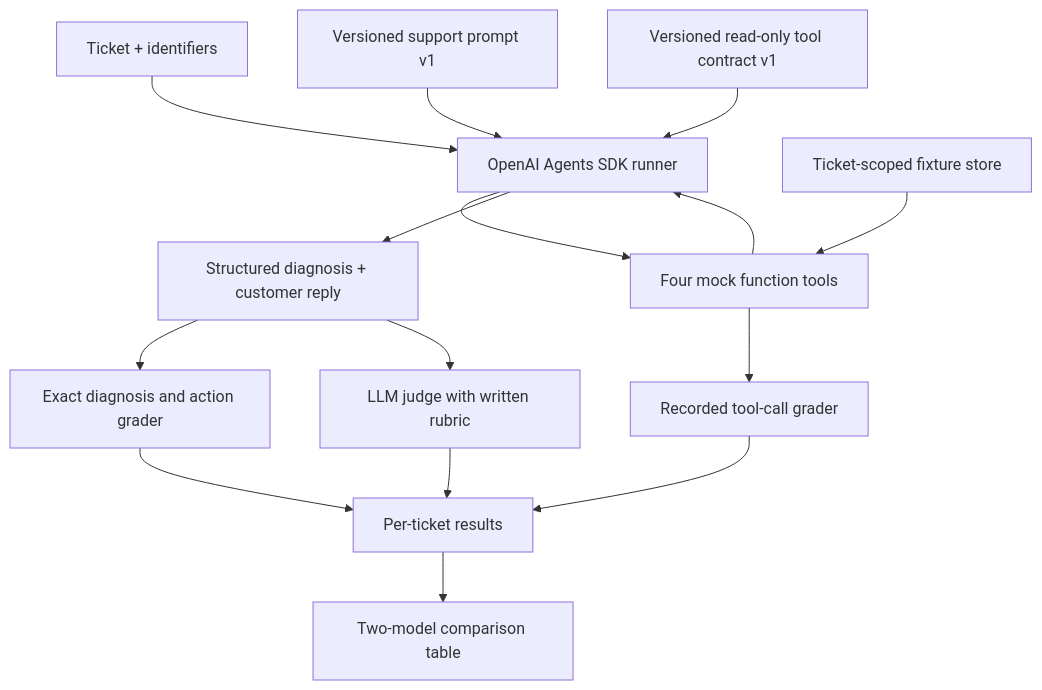
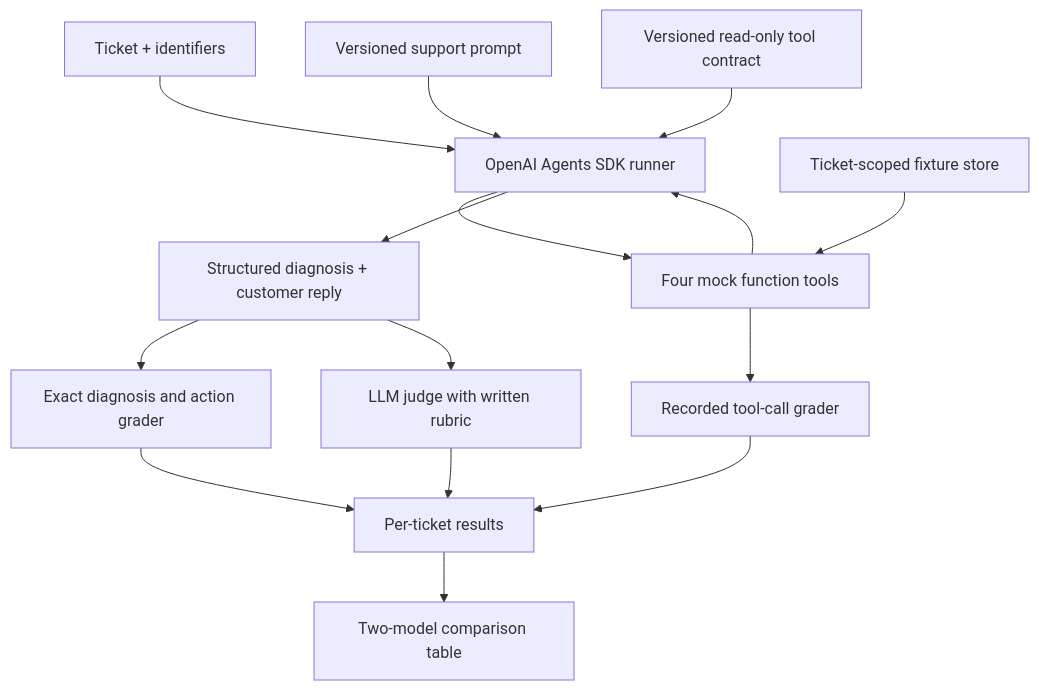
Before and after one commit to simplybion13/sre-agent-evals: the diagram in README.md, drawn with Mermaid. The commit also changed other lines of this file, not shown here.

````diff
--- a/README.md
+++ b/README.md
@@ -22,17 +22,17 @@
 ```mermaid
 flowchart TD
     A[Ticket + identifiers] --> B[OpenAI Agents SDK runner]
-    P[Versioned support prompt v1] --> B
-    T[Versioned read-only tool contract v1] --> B
+    P[Versioned support prompt] --> B
+    T[Versioned read-only tool contract] --> B
     B --> C[Four mock function tools]
     F[Ticket-scoped fixture store] --> C
     C --> B
     B --> D[Structured diagnosis + customer reply]
     D --> E[Exact diagnosis and action grader]
     C --> G[Recorded tool-call grader]
     D --> H[LLM judge with written rubric]
     E --> I[Per-ticket results]
     G --> I
     H --> I
     I --> J[Two-model comparison table]
 ```
````
